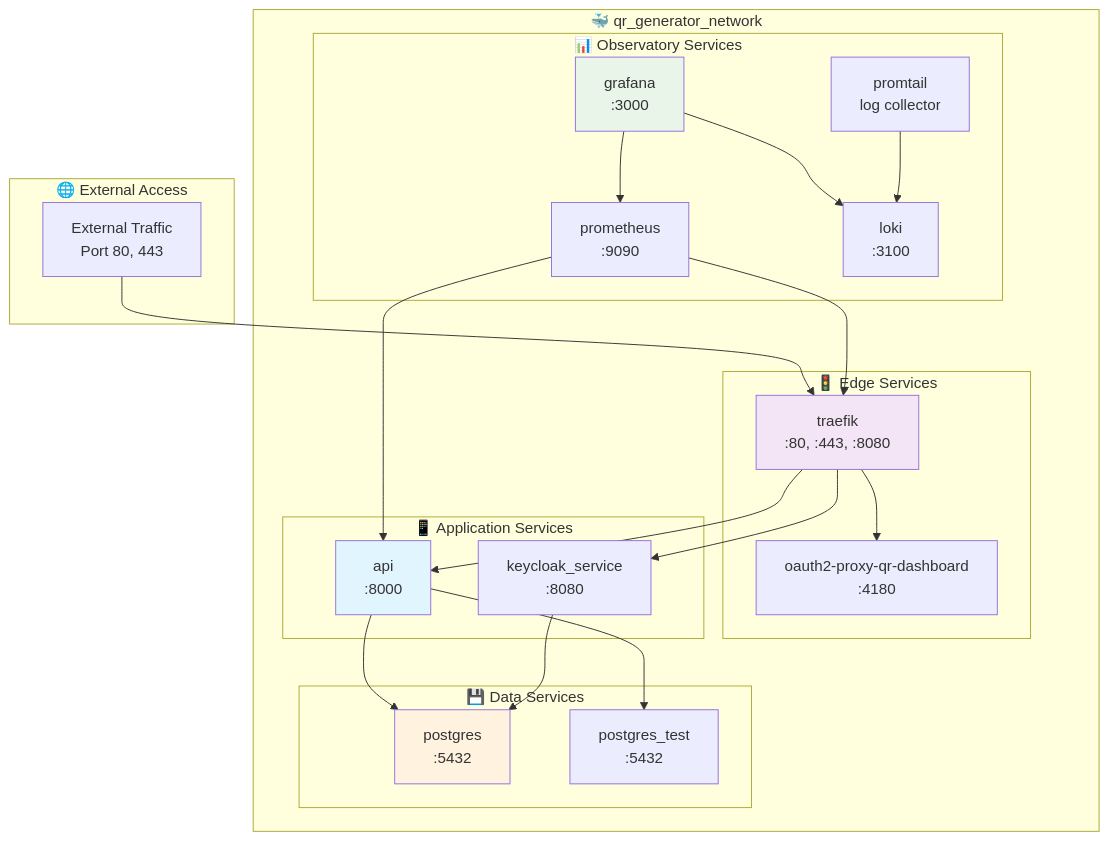
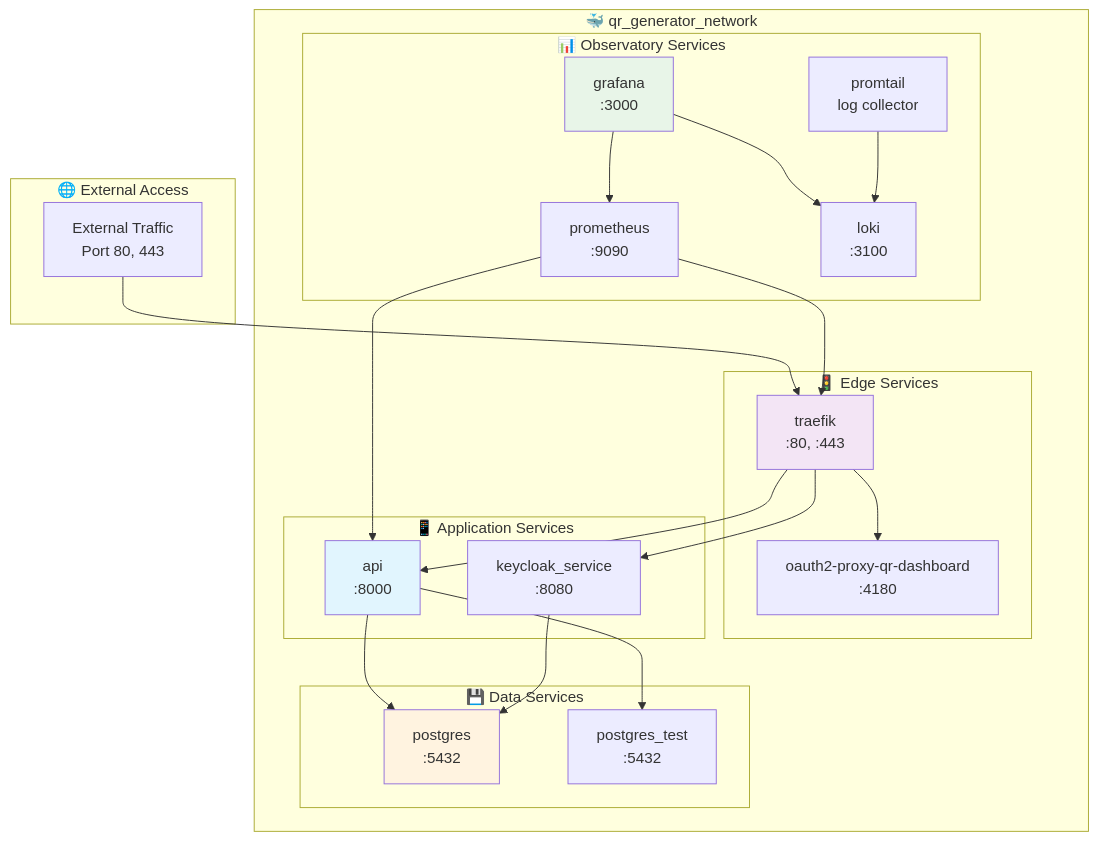
The tenth of 18 diagrams in NETWORK_INFRASTRUCTURE.md (gsinghjay/mvp_qr_gen), drawn with Mermaid before and after one commit. The commit also changed other lines of this file, not shown here.

Commit message:
docs: update network guide to reflect simplified Traefik config

````diff
--- a/NETWORK_INFRASTRUCTURE.md
+++ b/NETWORK_INFRASTRUCTURE.md
@@ -361,50 +361,50 @@
 ```mermaid
 graph TB
     subgraph "🐳 qr_generator_network"
         subgraph "🚦 Edge Services"
-            TRAEFIK[traefik<br/>:80, :443, :8080]
+            TRAEFIK[traefik<br/>:80, :443]
             OAUTH2[oauth2-proxy-qr-dashboard<br/>:4180]
         end
         
         subgraph "📱 Application Services"
             API[api<br/>:8000]
             KEYCLOAK[keycloak_service<br/>:8080]
         end
         
         subgraph "💾 Data Services"
             POSTGRES[postgres<br/>:5432]
             POSTGRES_TEST[postgres_test<br/>:5432]
         end
         
         subgraph "📊 Observatory Services"
             PROMETHEUS[prometheus<br/>:9090]
             GRAFANA[grafana<br/>:3000]
             LOKI[loki<br/>:3100]
             PROMTAIL[promtail<br/>log collector]
         end
     end
     
     subgraph "🌐 External Access"
         EXTERNAL[External Traffic<br/>Port 80, 443]
     end
     
     EXTERNAL --> TRAEFIK
     TRAEFIK --> API
     TRAEFIK --> OAUTH2
     TRAEFIK --> KEYCLOAK
     
     API --> POSTGRES
     API --> POSTGRES_TEST
     KEYCLOAK --> POSTGRES
     
     PROMETHEUS --> API
     PROMETHEUS --> TRAEFIK
     GRAFANA --> PROMETHEUS
     GRAFANA --> LOKI
     PROMTAIL --> LOKI
     
     style TRAEFIK fill:#f3e5f5
     style API fill:#e1f5fe
     style POSTGRES fill:#fff3e0
     style GRAFANA fill:#e8f5e8
 ```
````
